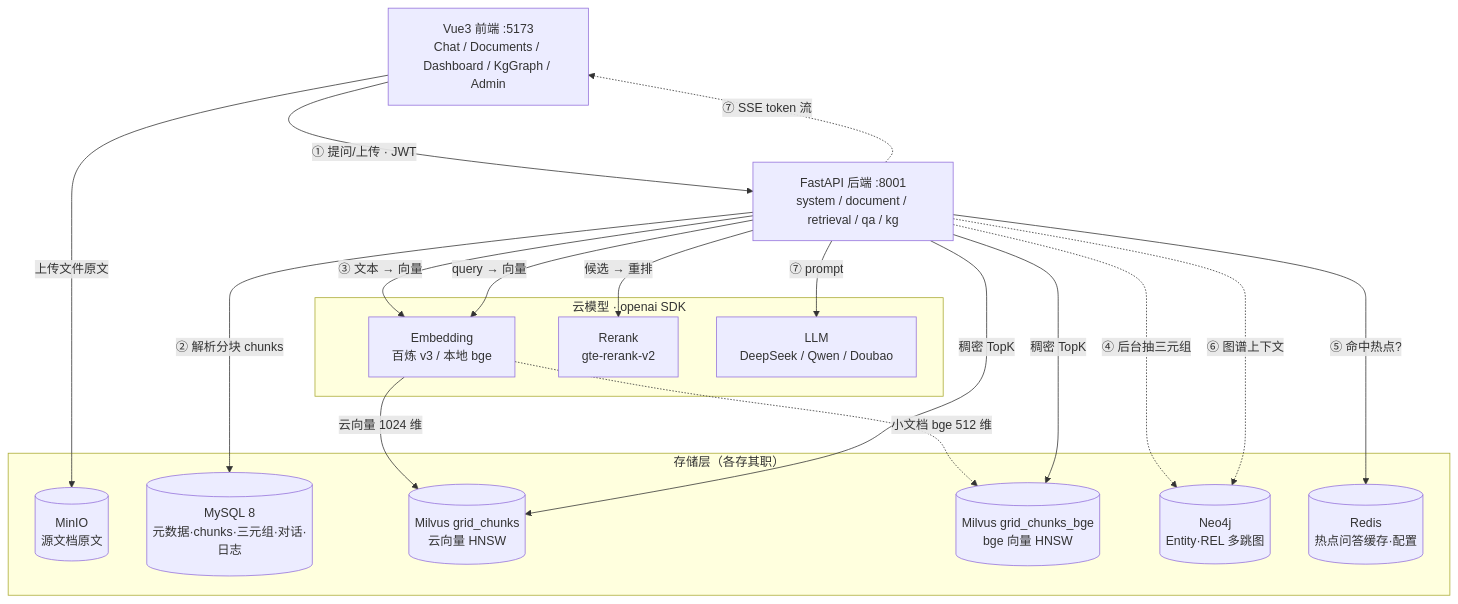
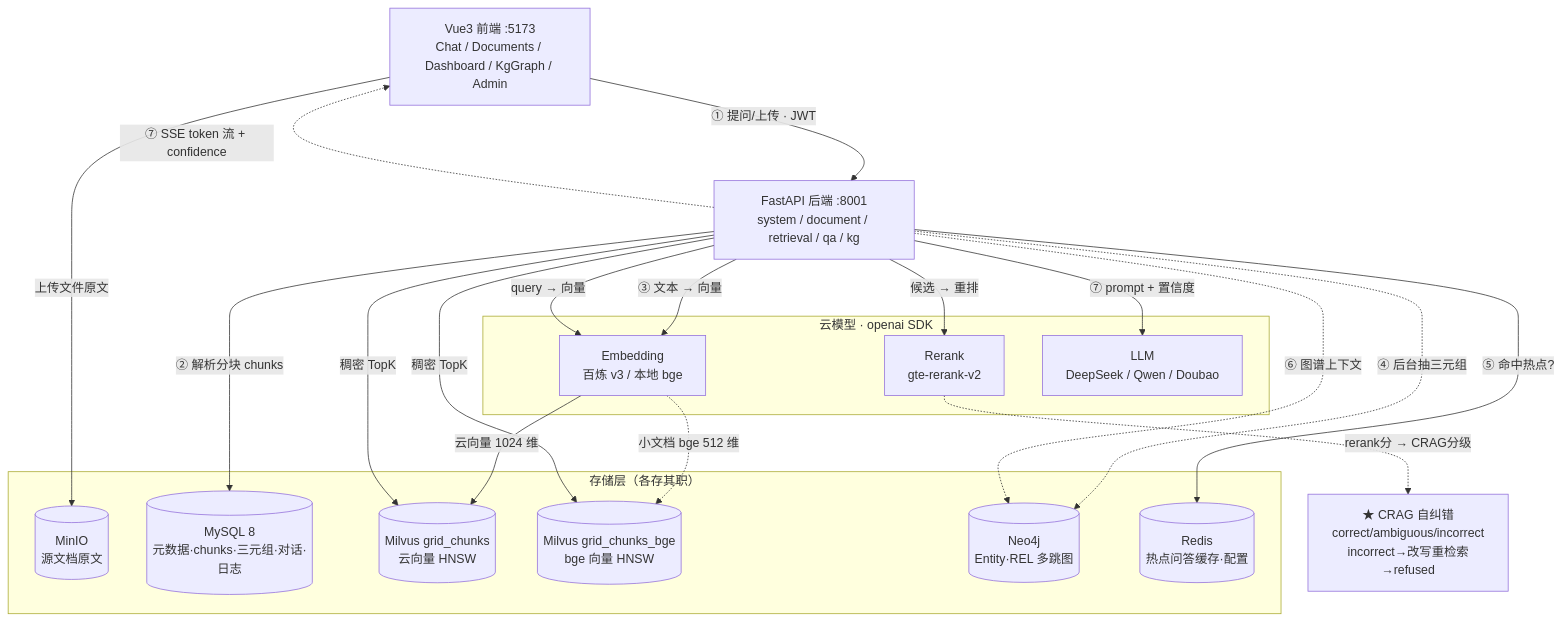
One commit to zhyese/grid-qa changed the first of 3 diagrams in README.md. Above: the diagram before and after it, drawn with Mermaid. The commit also changed other lines of this file, not shown here.

First line of the commit message:
docs: 全面重写README,含全部模块+CRAG/可观测地基/质量回归

````diff
--- a/README.md
+++ b/README.md
@@ -30,39 +46,40 @@
 ```mermaid
 graph TB
     FE["Vue3 前端 :5173<br/>Chat / Documents / Dashboard / KgGraph / Admin"]
     BE["FastAPI 后端 :8001<br/>system / document / retrieval / qa / kg"]
 
     FE -->|"① 提问/上传 · JWT"| BE
-    BE -.->|"⑦ SSE token 流"| FE
+    BE -.->|"⑦ SSE token 流 + confidence"| FE
 
     %% ===== 文档写入流：原文 → 分块 → 向量 + 图谱 =====
     FE -->|"上传文件原文"| MinIO
     BE -->|"② 解析分块 chunks"| MySQL
     BE -->|"③ 文本 → 向量"| EMB
     EMB -->|"云向量 1024 维"| MilvusC
     EMB -.->|"小文档 bge 512 维"| MilvusB
     BE -.->|"④ 后台抽三元组"| Neo4j
 
-    %% ===== 问答读取流：缓存 → 检索 → 图谱 → 重排 → 生成 =====
+    %% ===== 问答读取流：缓存 → 检索 → CRAG自纠错 → 图谱 → 重排 → 生成 =====
     BE -->|"⑤ 命中热点?"| Redis
     BE -->|"query → 向量"| EMB
     BE -->|"稠密 TopK"| MilvusC
     BE -->|"稠密 TopK"| MilvusB
+    BE -->|"候选 → 重排"| RR
+    RR -.->|"rerank分 → CRAG分级"| CRAG["★ CRAG 自纠错<br/>correct/ambiguous/incorrect<br/>incorrect→改写重检索→refused"]
     BE -.->|"⑥ 图谱上下文"| Neo4j
-    BE -->|"候选 → 重排"| RR
-    BE -->|"⑦ prompt"| LLM
+    BE -->|"⑦ prompt + 置信度"| LLM
 
     subgraph STORE["存储层（各存其职）"]
         MySQL[("MySQL 8<br/>元数据·chunks·三元组·对话·日志")]
         MinIO[("MinIO<br/>源文档原文")]
         MilvusC[("Milvus grid_chunks<br/>云向量 HNSW")]
         MilvusB[("Milvus grid_chunks_bge<br/>bge 向量 HNSW")]
         Redis[("Redis<br/>热点问答缓存·配置")]
         Neo4j[("Neo4j<br/>Entity·REL 多跳图")]
     end
     subgraph CLOUD["云模型 · openai SDK"]
         LLM["LLM<br/>DeepSeek / Qwen / Doubao"]
         EMB["Embedding<br/>百炼 v3 / 本地 bge"]
         RR["Rerank<br/>gte-rerank-v2"]
     end
 ```
````
